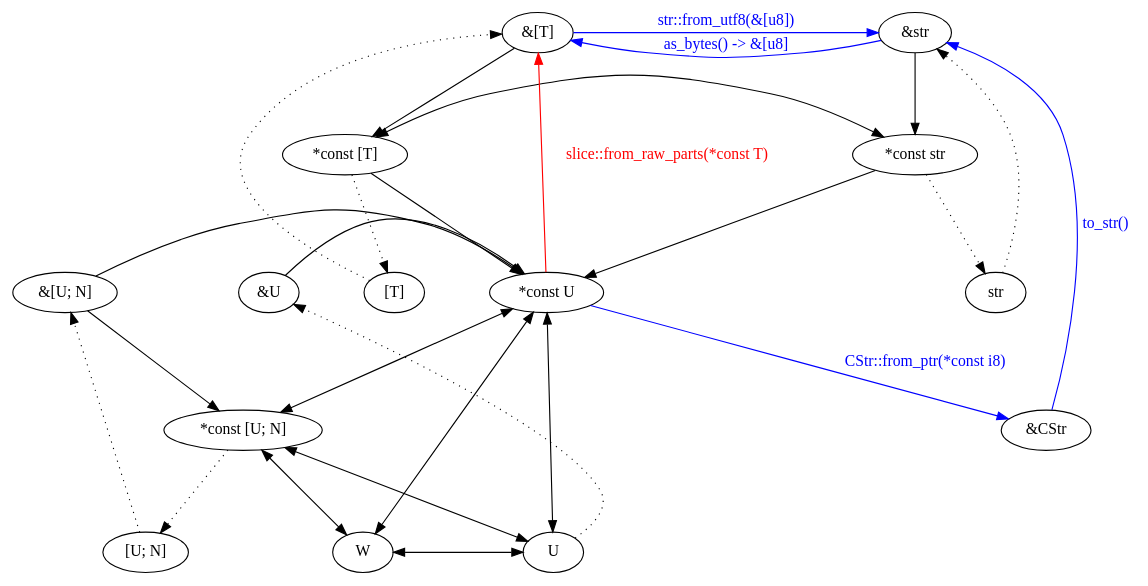
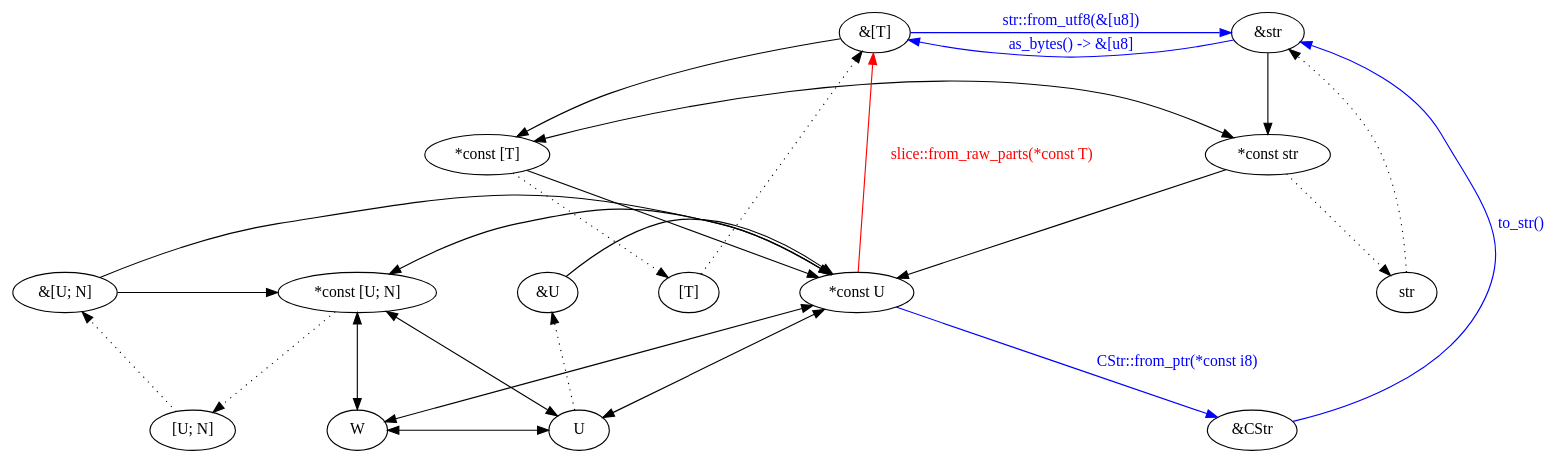
One commit to RioKato/unsafe-rust changed the diagram in cast.gv. Above: the diagram before and after it, drawn with Graphviz. The commit also changed 1 other file, not shown here.

```diff
--- a/cast.gv
+++ b/cast.gv
@@ -1,32 +1,32 @@
 digraph {
   node [ordering=out];
   {rank=same; "&[T]"; "&str";}
   {rank=same; "*const [T]"; "*const str";}
-  {rank=same; "*const U"; "&[U; N]"; "&U";}
+  {rank=same; "*const U"; "*const [U; N]"; "&[U; N]"; "&U";}
   {rank=same; "[U; N]"; "W"; "U";}
   {rank=same; "[T]"; "str";}
   ranksep=1
-  nodesep=0.8
+  nodesep=1
 
   "&[T]" -> "*const [T]" -> "*const U"
   "&str" -> "*const str" -> "*const U"
   "*const [T]" -> "*const str" [dir=both]
   "*const U" -> "W" -> "U" -> "*const U" [dir=both]
   "&[U; N]" -> "*const U"
   "&[U; N]" -> "*const [U; N]"
   "*const [U; N]" -> "*const U" [dir=both]
   "*const [U; N]" -> "U" [dir=both]
   "*const [U; N]" -> "W" [dir=both]
   "&U" -> "*const U"
 
   "U" -> "&U" [style=dotted]
   "*const [U; N]" -> "[U; N]" -> "&[U; N]" [style=dotted]
   "*const [T]" -> "[T]" -> "&[T]" [style=dotted]
   "*const str" -> "str" -> "&str" [style=dotted]
 
   "*const U" -> "&[T]" [label="slice::from_raw_parts(*const T)", fontcolor=red, color=red]
   "*const U" -> "&CStr" [label="CStr::from_ptr(*const i8)", fontcolor=blue, color=blue]
   "&CStr" -> "&str" [label="to_str()", fontcolor=blue, color=blue]
   "&[T]" -> "&str" [label="str::from_utf8(&[u8])", fontcolor=blue, color=blue]
   "&str" -> "&[T]" [label="as_bytes() -> &[u8]", fontcolor=blue, color=blue]
 }
```
